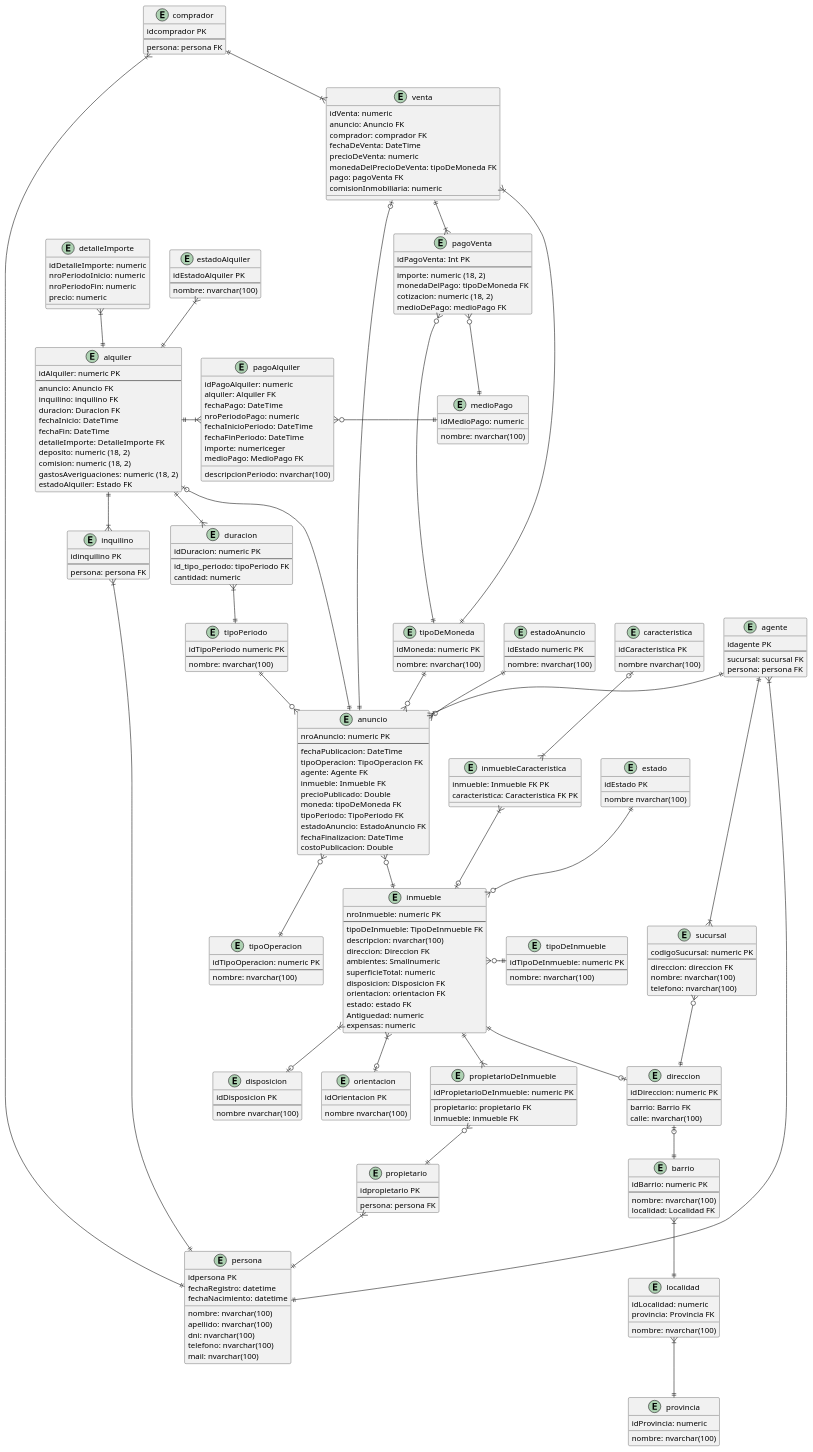
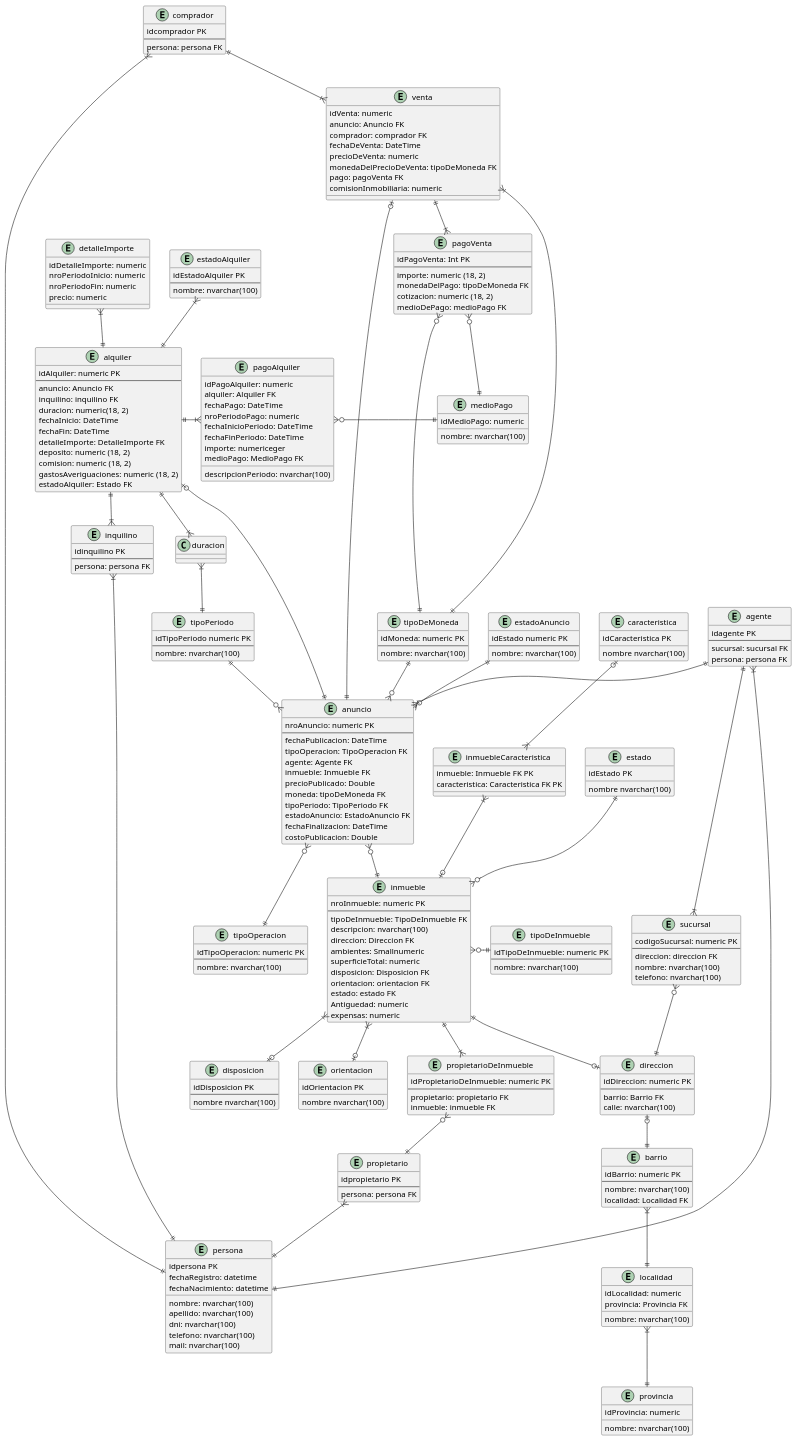
Before and after one commit to manutorrente/TP-GDD: the diagram in der.wsd, drawn with PlantUML. The commit also changed 2 other files, not shown here.

Commit message:
cambio duracion

```diff
--- a/der.wsd
+++ b/der.wsd
@@ -6,7 +6,7 @@
     --
     anuncio: Anuncio FK
     inquilino: inquilino FK
-    duracion: Duracion FK
+    duracion: numeric(18, 2)
     fechaInicio: DateTime
     fechaFin: DateTime
     detalleImporte: DetalleImporte FK
@@ -16,12 +16,6 @@
     estadoAlquiler: Estado FK
 }
 
-entity duracion {
-    idDuracion: numeric PK
-    --
-    id_tipo_periodo: tipoPeriodo FK
-    cantidad: numeric
-}
 
 entity detalleImporte {
     idDetalleImporte: numeric
```
